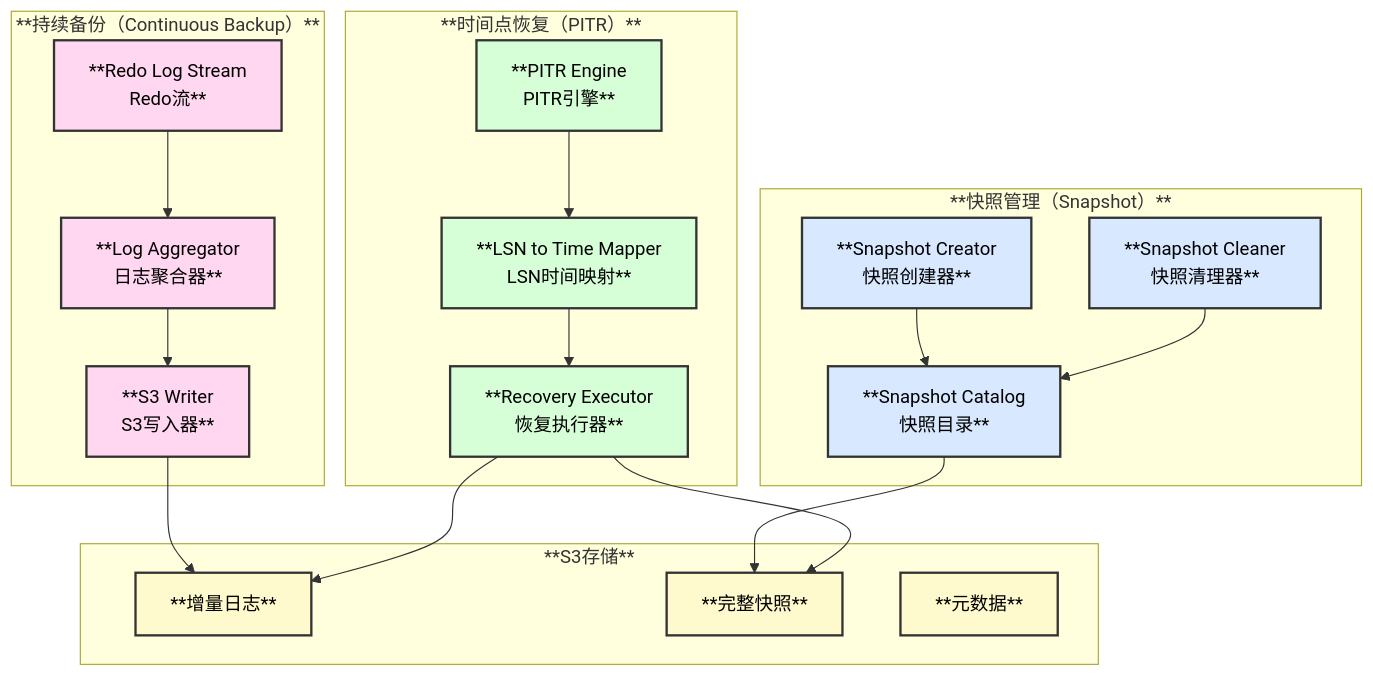
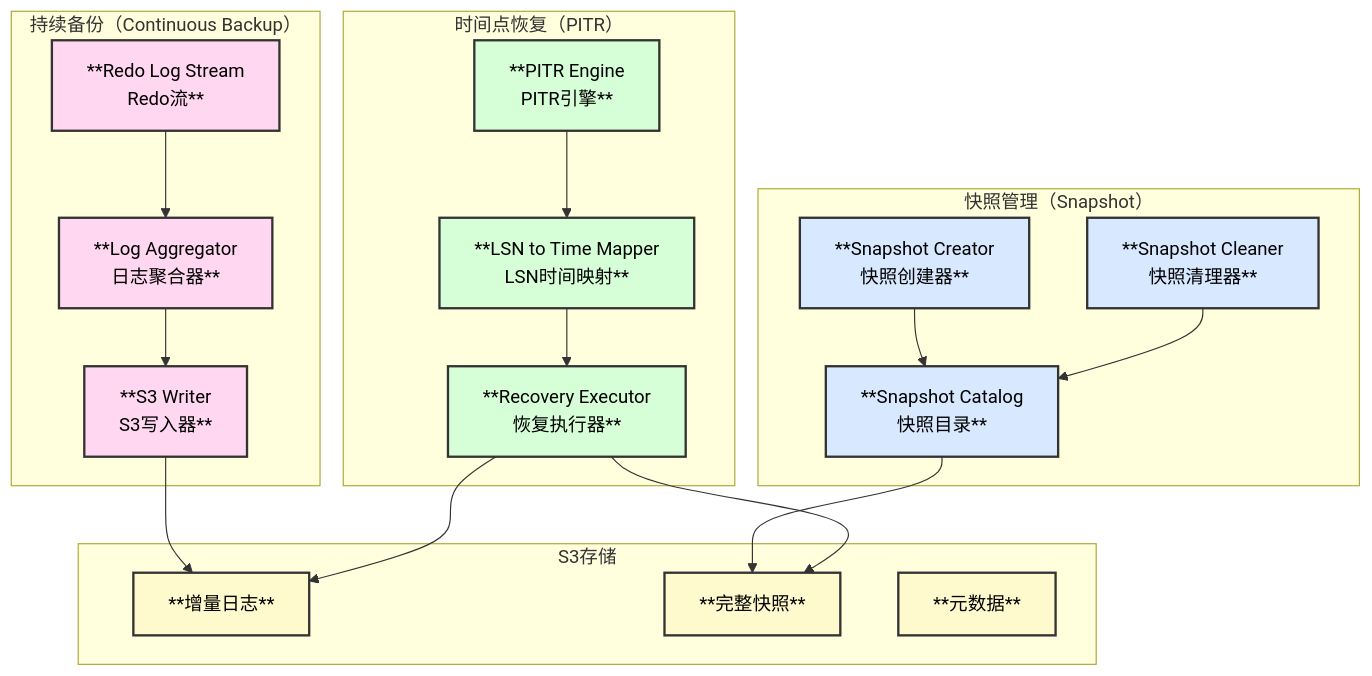
One commit to victor1589007281/percona-server changed diagram 14 of 20 in vdocs/design/Aurora_design.md. Above: the diagram before and after it, drawn with Mermaid. The commit also changed other lines of this file and 141 other files, not shown here.

````diff
--- a/vdocs/design/Aurora_design.md
+++ b/vdocs/design/Aurora_design.md
@@ -2125,52 +2125,52 @@
 ```mermaid
 graph TB
-    subgraph "**持续备份（Continuous Backup）**"
+    subgraph "持续备份（Continuous Backup）"
         B1[**Redo Log Stream<br/>Redo流**]
         B2[**Log Aggregator<br/>日志聚合器**]
         B3[**S3 Writer<br/>S3写入器**]
     end
     
-    subgraph "**快照管理（Snapshot）**"
+    subgraph "快照管理（Snapshot）"
         S1[**Snapshot Creator<br/>快照创建器**]
         S2[**Snapshot Catalog<br/>快照目录**]
         S3[**Snapshot Cleaner<br/>快照清理器**]
     end
     
-    subgraph "**时间点恢复（PITR）**"
+    subgraph "时间点恢复（PITR）"
         P1[**PITR Engine<br/>PITR引擎**]
         P2[**LSN to Time Mapper<br/>LSN时间映射**]
         P3[**Recovery Executor<br/>恢复执行器**]
     end
     
-    subgraph "**S3存储**"
+    subgraph "S3存储"
         O1[**增量日志**]
         O2[**完整快照**]
         O3[**元数据**]
     end
     
     B1 --> B2
     B2 --> B3
     B3 --> O1
     
     S1 --> S2
     S2 --> O2
     S3 --> S2
     
     P1 --> P2
     P2 --> P3
     P3 --> O1
     P3 --> O2
     
     style B1 fill:#ffd7f0,stroke:#333,stroke-width:2px,color:#000
     style B2 fill:#ffd7f0,stroke:#333,stroke-width:2px,color:#000
     style B3 fill:#ffd7f0,stroke:#333,stroke-width:2px,color:#000
     style S1 fill:#d7e8ff,stroke:#333,stroke-width:2px,color:#000
     style S2 fill:#d7e8ff,stroke:#333,stroke-width:2px,color:#000
     style S3 fill:#d7e8ff,stroke:#333,stroke-width:2px,color:#000
     style P1 fill:#d7ffd7,stroke:#333,stroke-width:2px,color:#000
     style P2 fill:#d7ffd7,stroke:#333,stroke-width:2px,color:#000
     style P3 fill:#d7ffd7,stroke:#333,stroke-width:2px,color:#000
     style O1 fill:#fffacd,stroke:#333,stroke-width:2px,color:#000
     style O2 fill:#fffacd,stroke:#333,stroke-width:2px,color:#000
     style O3 fill:#fffacd,stroke:#333,stroke-width:2px,color:#000
 ```
````
